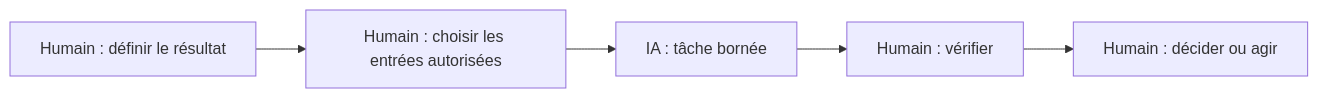
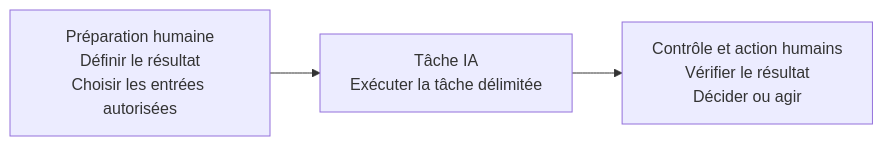
One commit to Ange230700/ibm-ai-foundations-for-everyone-notes changed the diagram in teaching/visuals/s05/fr/responsibility-model.mmd. Above: the diagram before and after it, drawn with Mermaid. The commit also changed 12 other files, not shown here.

```diff
--- a/teaching/visuals/s05/fr/responsibility-model.mmd
+++ b/teaching/visuals/s05/fr/responsibility-model.mmd
@@ -1,5 +1,5 @@
 flowchart LR
- A["Humain : définir le résultat"] --> B["Humain : choisir les entrées autorisées"]
- B --> C["IA : tâche bornée"]
- C --> D["Humain : vérifier"]
- D --> E["Humain : décider ou agir"]
+ A["Préparation humaine<br/>Définir le résultat<br/>Choisir les entrées autorisées"]
+ B["Tâche IA<br/>Exécuter la tâche délimitée"]
+ C["Contrôle et action humains<br/>Vérifier le résultat<br/>Décider ou agir"]
+ A --> B --> C
```
